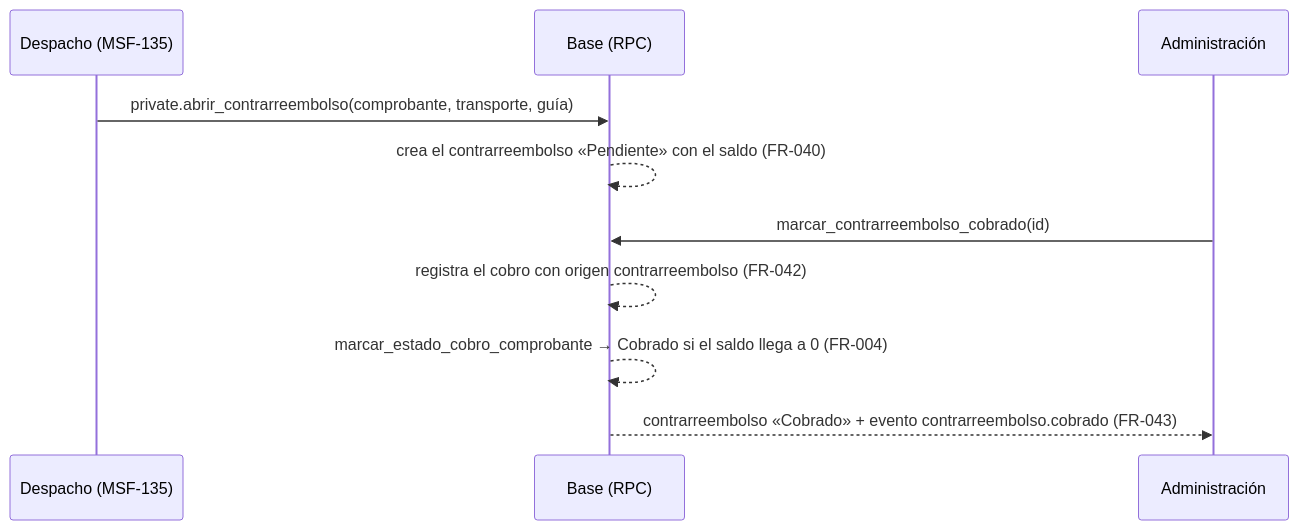
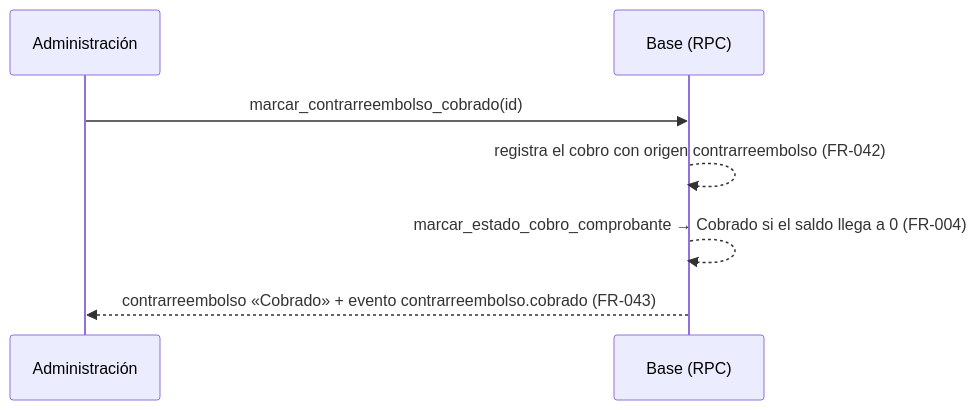
Diagram 20 of 31 in docs/tecnico/flujos.md (nicolasjones/multistorefront-meli), drawn with Mermaid before and after one commit. The commit also changed other lines of this file and 15 other files, not shown here.

````diff
--- a/docs/tecnico/flujos.md
+++ b/docs/tecnico/flujos.md
@@ -419,12 +420,9 @@
 ```mermaid
 sequenceDiagram
-  participant D as Despacho (MSF-135)
+  participant A as Administración
   participant DB as Base (RPC)
-  participant A as Administración
-  D->>DB: private.abrir_contrarreembolso(comprobante, transporte, guía)
-  DB-->>DB: crea el contrarreembolso «Pendiente» con el saldo (FR-040)
   A->>DB: marcar_contrarreembolso_cobrado(id)
   DB-->>DB: registra el cobro con origen contrarreembolso (FR-042)
   DB-->>DB: marcar_estado_cobro_comprobante → Cobrado si el saldo llega a 0 (FR-004)
   DB-->>A: contrarreembolso «Cobrado» + evento contrarreembolso.cobrado (FR-043)
 ```
````
